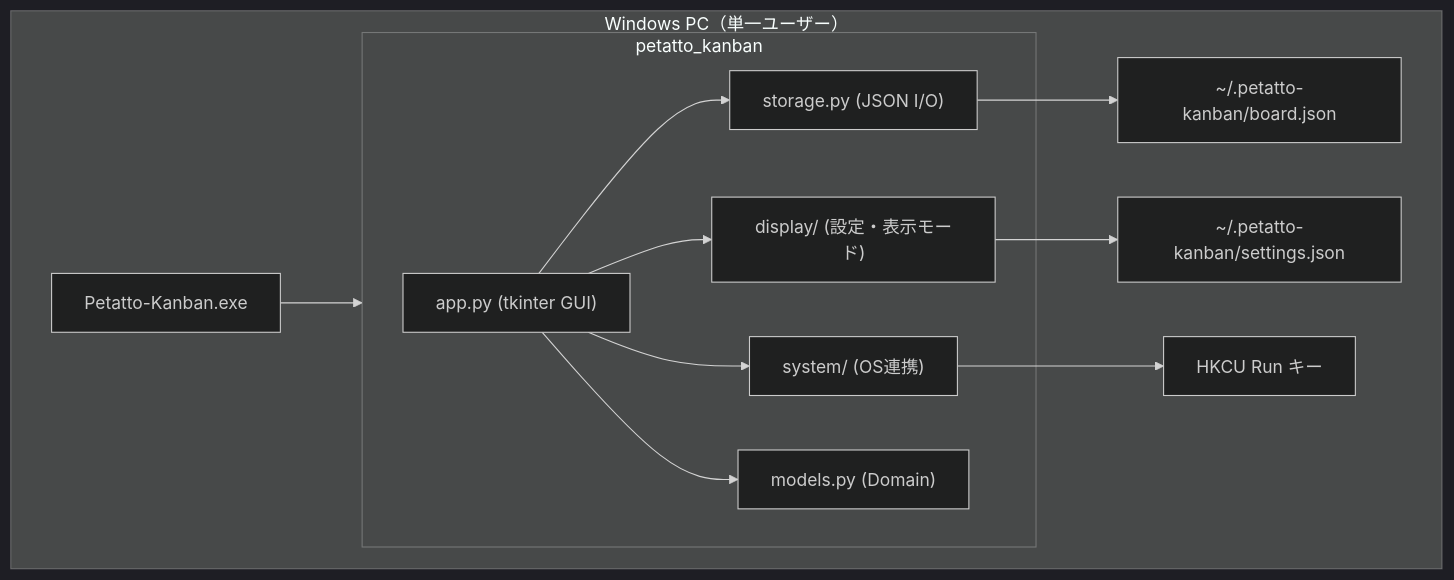
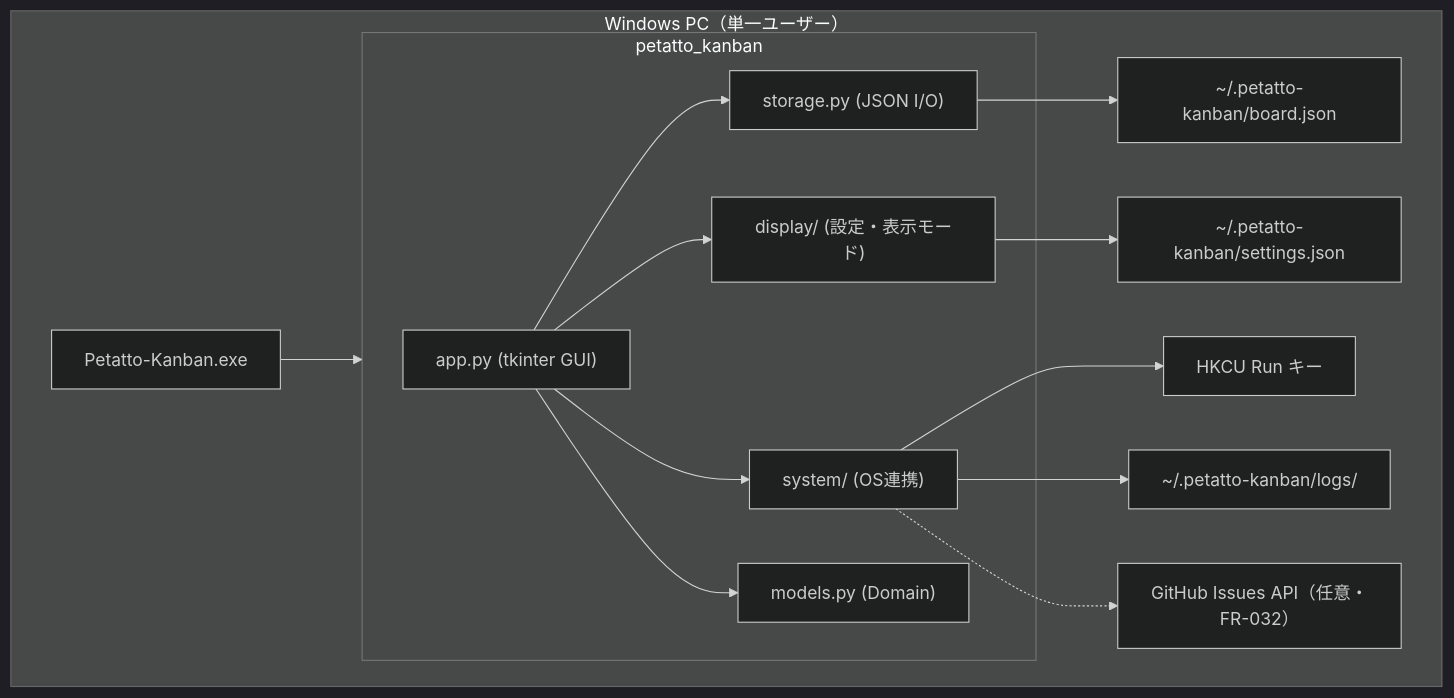
Before and after one commit to suzuki-hidehito66/Petatto-Kanban: the diagram in docs/spec/09-architecture.md, drawn with Mermaid (dark theme). The commit also changed other lines of this file and 12 other files, not shown here.

First line of the commit message:
docs: FR-031 エラーログと FR-032 GitHub Issue 任意起票の仕様

````diff
--- a/docs/spec/09-architecture.md
+++ b/docs/spec/09-architecture.md
@@ -15,24 +15,28 @@
 ```mermaid
 flowchart TB
     subgraph Desktop["Windows PC（単一ユーザー）"]
         EXE["Petatto-Kanban.exe"]
         subgraph App["petatto_kanban"]
             UI["app.py (tkinter GUI)"]
             Display["display/ (設定・表示モード)"]
             System["system/ (OS連携)"]
             Models["models.py (Domain)"]
             Storage["storage.py (JSON I/O)"]
         end
         BoardJSON["~/.petatto-kanban/board.json"]
         SettingsJSON["~/.petatto-kanban/settings.json"]
+        ErrorLogs["~/.petatto-kanban/logs/"]
         Registry["HKCU Run キー"]
+        GitHub["GitHub Issues API（任意・FR-032）"]
     end
     EXE --> App
     Storage --> BoardJSON
     Display --> SettingsJSON
     System --> Registry
+    System --> ErrorLogs
+    System -.-> GitHub
     UI --> Models
     UI --> Storage
     UI --> Display
     UI --> System
 ```
````
